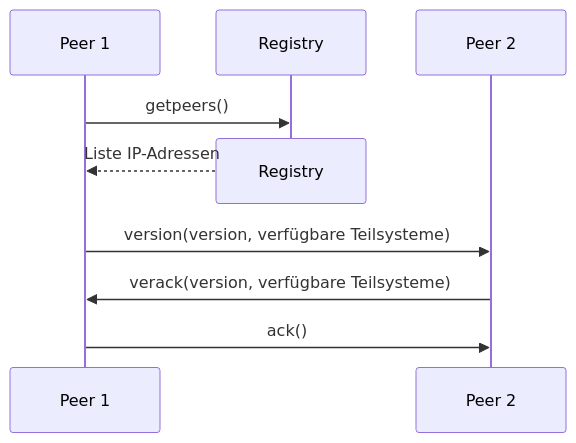
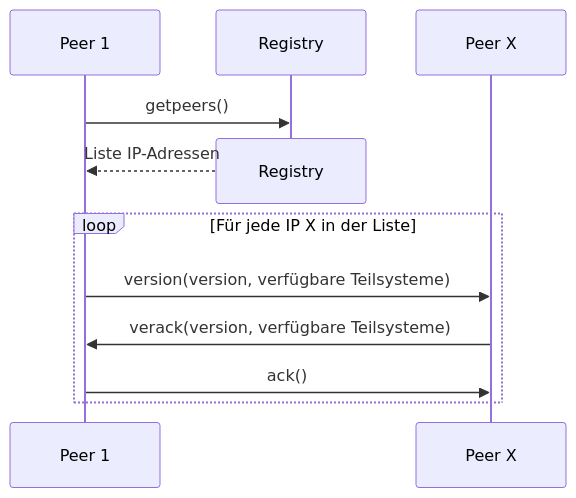
The diagram in docs/arc42/arc42-MinerNetwork/MinerNetwork.md (bjoern621/VSP-Blockchain), drawn with Mermaid before and after one commit. The commit also changed other lines of this file, not shown here.

Commit message:
Verbindungsaufbau-Prozess im Diagramm aktualisiert und detaillierte Beschreibung hinzugefügt

````diff
--- a/docs/arc42/arc42-MinerNetwork/MinerNetwork.md
+++ b/docs/arc42/arc42-MinerNetwork/MinerNetwork.md
@@ -192,14 +192,15 @@
 ```mermaid
 sequenceDiagram
     participant p1 as Peer 1
     participant Registry
-    participant p2 as Peer 2
+    participant p2 as Peer X
 
     p1->>Registry: getpeers()
     destroy Registry
     Registry-->>p1: Liste IP-Adressen
-    p1->>p2: version(version, verfügbare Teilsysteme)
-    p2->>p1: verack(version, verfügbare Teilsysteme)
-    p1->>p2: ack()
-
+    loop Für jede IP X in der Liste
+        p1->>p2: version(version, verfügbare Teilsysteme)
+        p2->>p1: verack(version, verfügbare Teilsysteme)
+        p1->>p2: ack()
+    end
 ```
````
